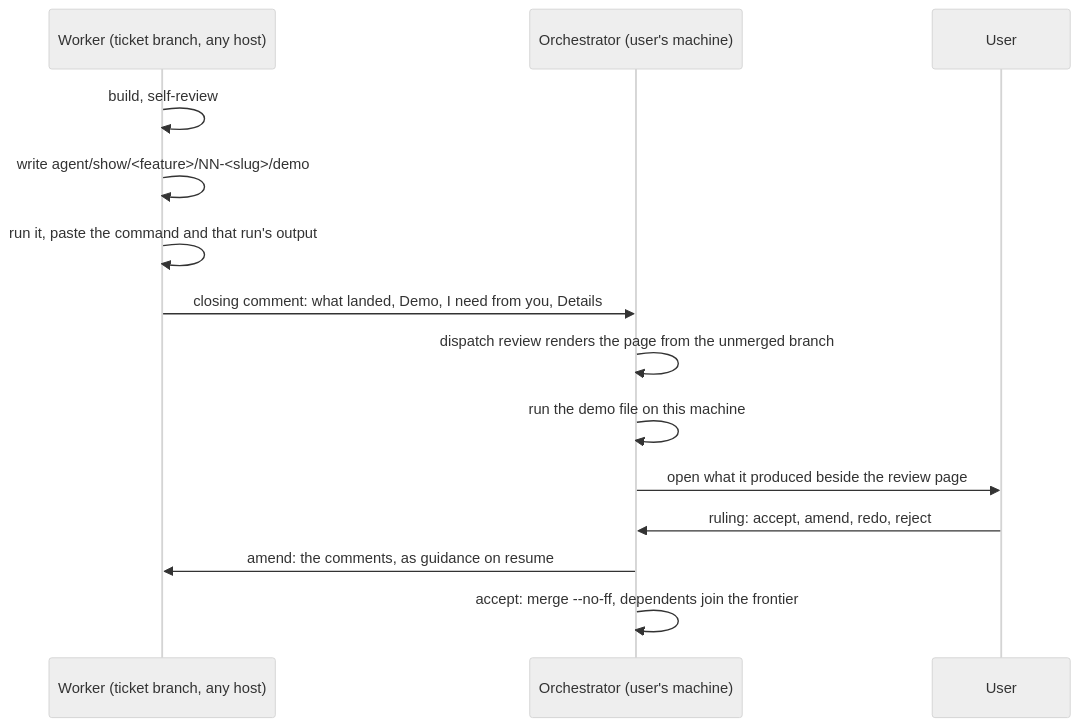
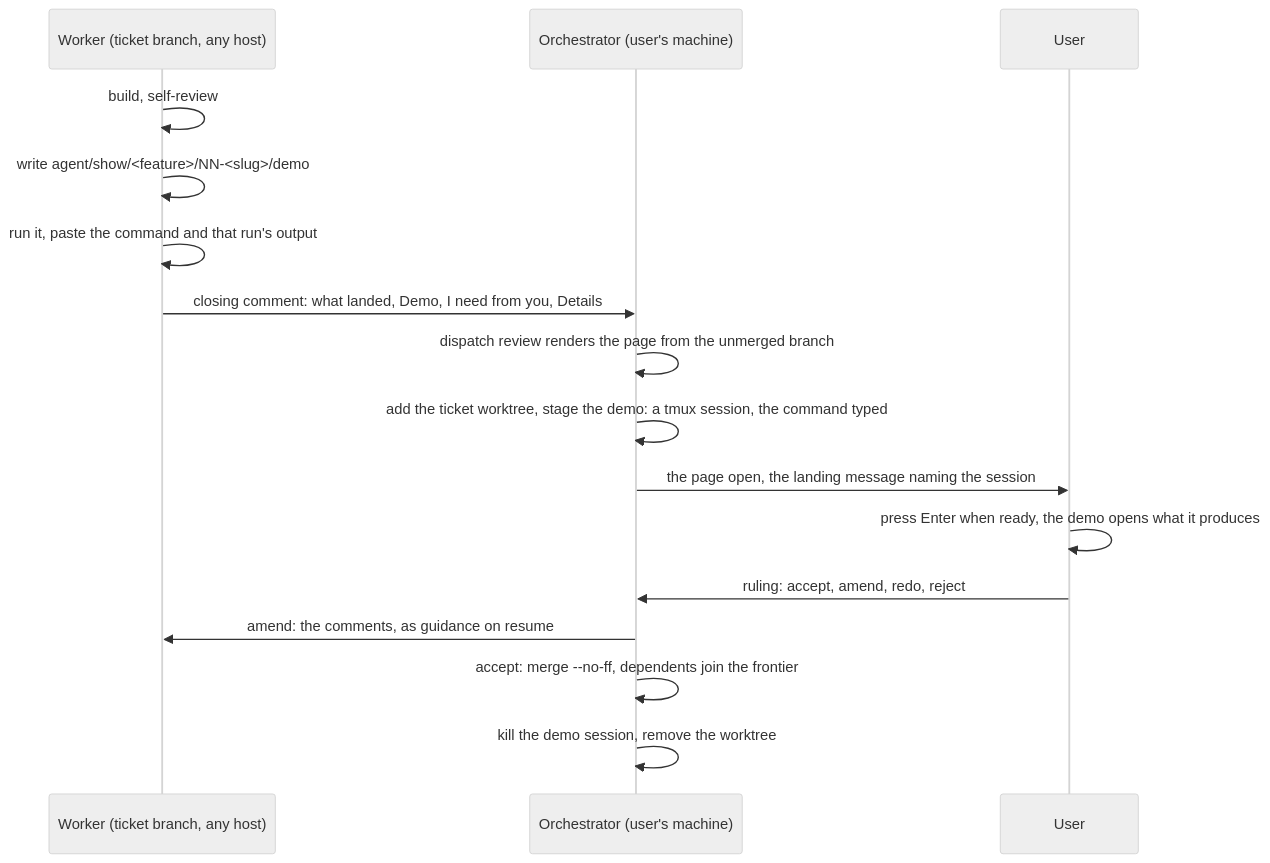
The diagram in agent/show/figures-and-demos/landing.mmd (MaxWolf-01/agents), drawn with Mermaid (neutral theme) before and after one commit. The commit also changed 3 other files, not shown here.

First line of the commit message:
figures-and-demos: the landing stages the demo in a tmux session (round 8)

```diff
--- a/agent/show/figures-and-demos/landing.mmd
+++ b/agent/show/figures-and-demos/landing.mmd
@@ -1,14 +1,16 @@
 sequenceDiagram
     participant W as Worker (ticket branch, any host)
     participant O as Orchestrator (user's machine)
     participant U as User
     W->>W: build, self-review
     W->>W: write agent/show/<feature>/NN-<slug>/demo
     W->>W: run it, paste the command and that run's output
     W->>O: closing comment: what landed, Demo, I need from you, Details
     O->>O: dispatch review renders the page from the unmerged branch
-    O->>O: run the demo file on this machine
-    O->>U: open what it produced beside the review page
+    O->>O: add the ticket worktree, stage the demo: a tmux session, the command typed
+    O->>U: the page open, the landing message naming the session
+    U->>U: press Enter when ready, the demo opens what it produces
     U->>O: ruling: accept, amend, redo, reject
     O->>W: amend: the comments, as guidance on resume
     O->>O: accept: merge --no-ff, dependents join the frontier
+    O->>O: kill the demo session, remove the worktree
```
